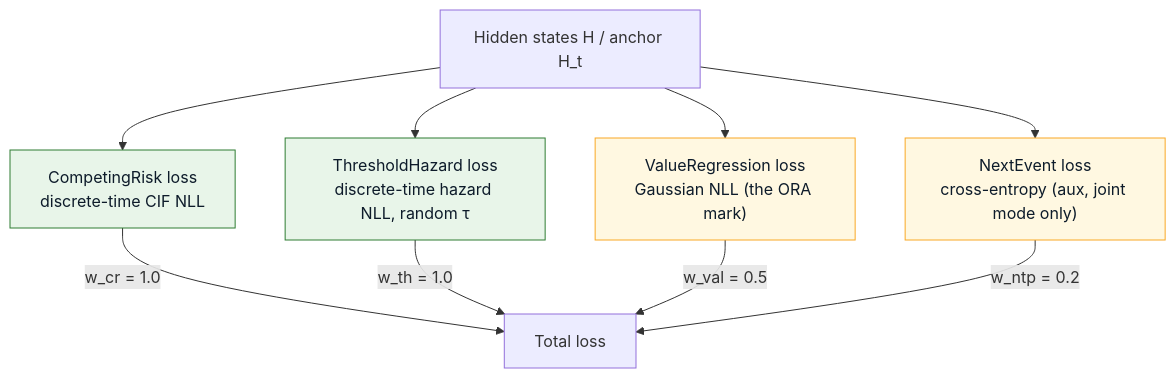
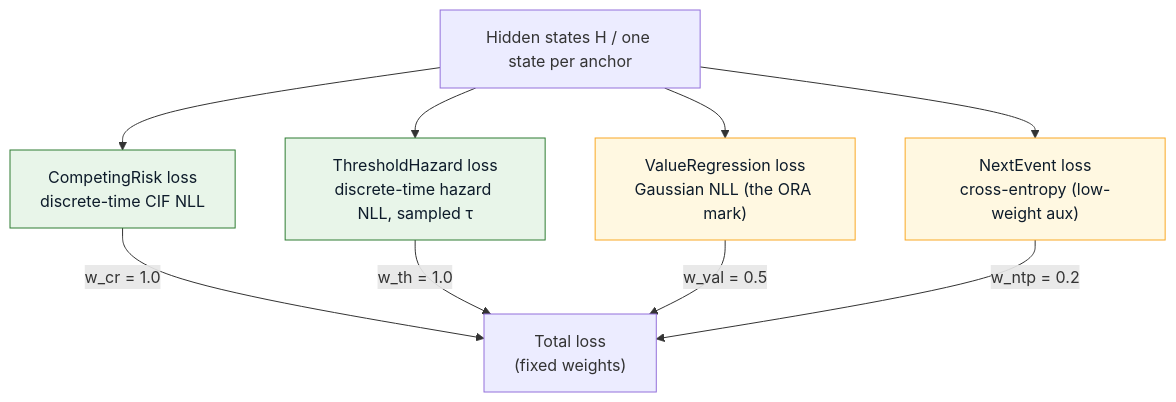
The first of 4 diagrams in website/docs/objectives-training.md (sajor2000/clifatron2.0), drawn with Mermaid before and after one commit. The commit also changed other lines of this file and 20 other files, not shown here.

First line of the commit message:
feat(train): curriculum by optimizer update, objective arms, fixed loss weights (U4)

````diff
--- a/website/docs/objectives-training.md
+++ b/website/docs/objectives-training.md
@@ -18,17 +24,17 @@
 ```mermaid
 flowchart TB
-    H["Hidden states H / anchor H_t"] --> CR["CompetingRisk loss<br/>discrete-time CIF NLL"]
-    H --> TH["ThresholdHazard loss<br/>discrete-time hazard NLL, random τ"]
+    H["Hidden states H / one state per anchor"] --> CR["CompetingRisk loss<br/>discrete-time CIF NLL"]
+    H --> TH["ThresholdHazard loss<br/>discrete-time hazard NLL, sampled τ"]
     H --> VR["ValueRegression loss<br/>Gaussian NLL (the ORA mark)"]
-    H --> NE["NextEvent loss<br/>cross-entropy (aux, joint mode only)"]
+    H --> NE["NextEvent loss<br/>cross-entropy (low-weight aux)"]
 
-    CR -->|"w_cr = 1.0"| SUM["Total loss"]
+    CR -->|"w_cr = 1.0"| SUM["Total loss<br/>(fixed weights)"]
     TH -->|"w_th = 1.0"| SUM
     VR -->|"w_val = 0.5"| SUM
     NE -->|"w_ntp = 0.2"| SUM
 
     classDef primary fill:#e8f5e9,stroke:#2e7d32,color:#0d1b2a;
     classDef aux fill:#fff8e1,stroke:#f9a825,color:#0d1b2a;
     class CR,TH primary;
     class VR,NE aux;
 ```
````
